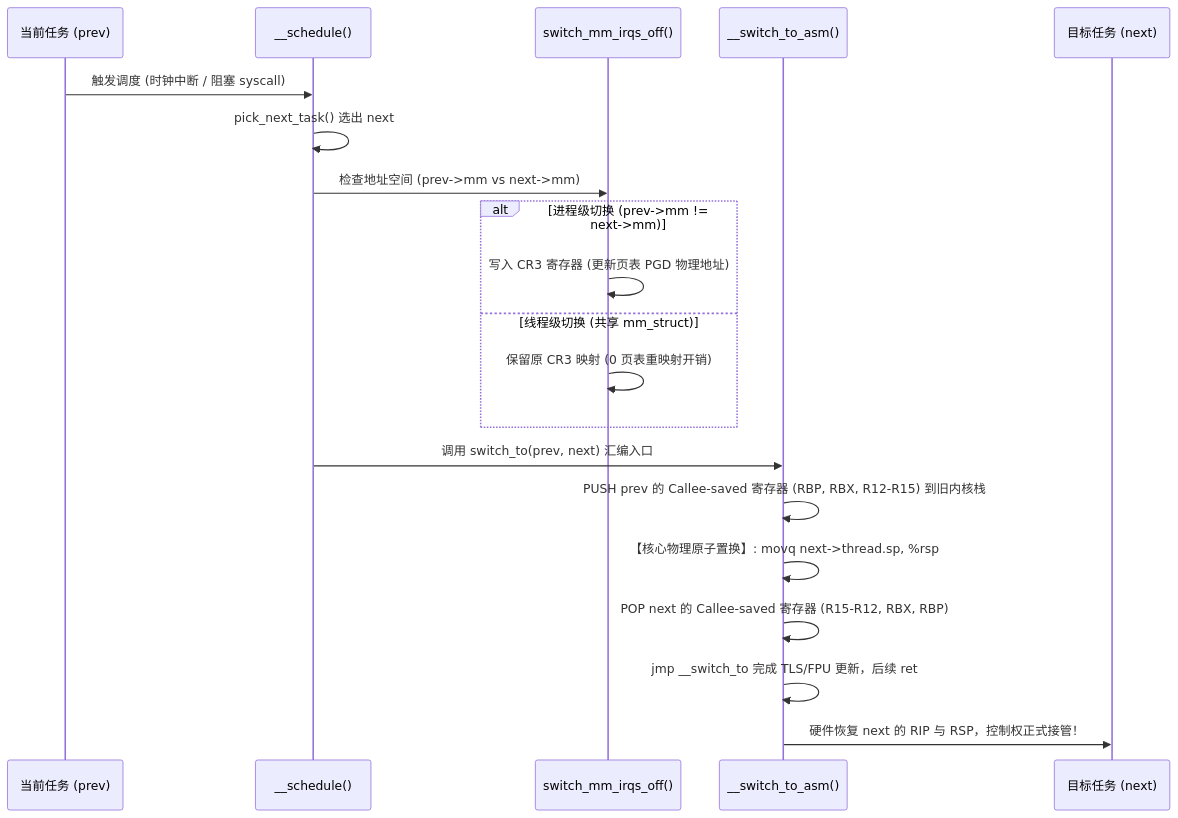
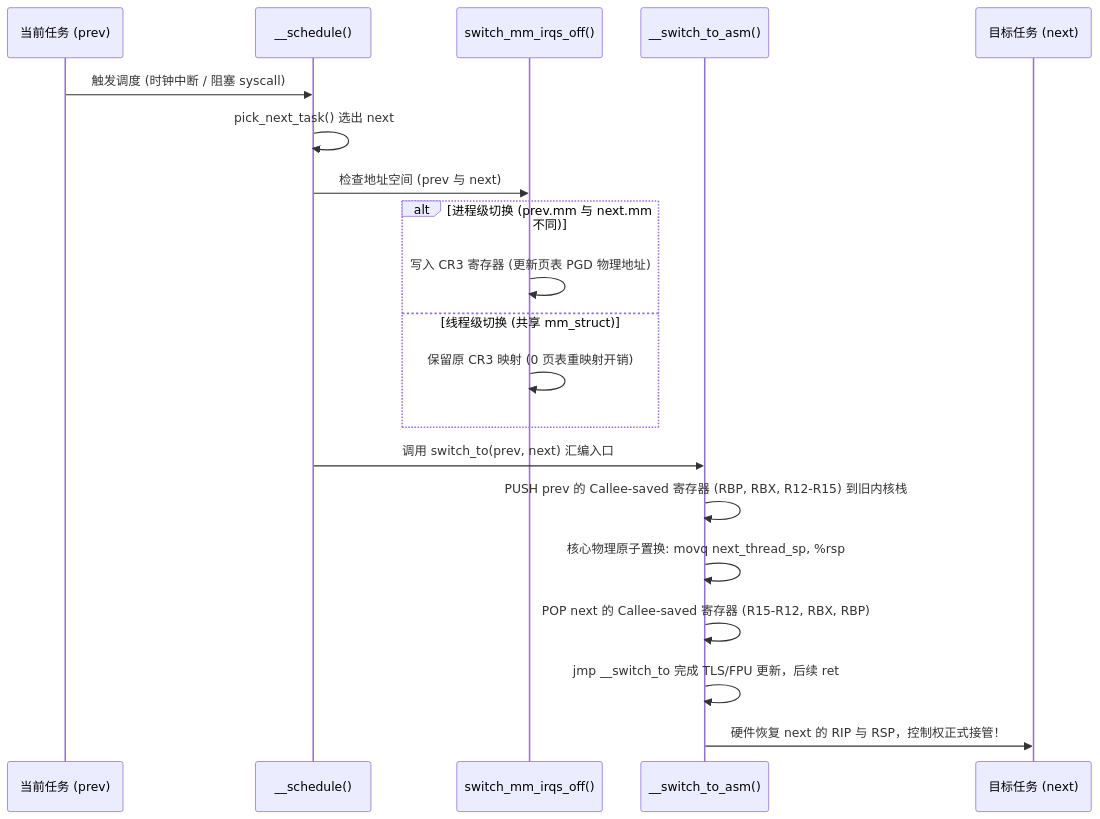
One commit to MoreConsequence/MoreConsequence.github.io changed the third of 8 diagrams in content/posts/understanding-context-switching-from-cpu-to-goroutines.md. Above: the diagram before and after it, drawn with Mermaid. The commit also changed 2 other files, not shown here.

Commit message:
fix(blog): 彻底修复时序图与甘特图语法冲突，使用 React Portal 挂载 100% 触发全屏放大，强制图片/图表 max-width 边界

````diff
--- a/content/posts/understanding-context-switching-from-cpu-to-goroutines.md
+++ b/content/posts/understanding-context-switching-from-cpu-to-goroutines.md
@@ -109,23 +109,23 @@
 ```mermaid
 sequenceDiagram
     participant Prev as 当前任务 (prev)
     participant Sched as __schedule()
     participant MM as switch_mm_irqs_off()
     participant ASM as __switch_to_asm()
     participant Next as 目标任务 (next)
 
     Prev->>Sched: 触发调度 (时钟中断 / 阻塞 syscall)
     Sched->>Sched: pick_next_task() 选出 next
-    Sched->>MM: 检查地址空间 (prev->mm vs next->mm)
-    alt 进程级切换 (prev->mm != next->mm)
+    Sched->>MM: 检查地址空间 (prev 与 next)
+    alt 进程级切换 (prev.mm 与 next.mm 不同)
         MM->>MM: 写入 CR3 寄存器 (更新页表 PGD 物理地址)
     else 线程级切换 (共享 mm_struct)
         MM->>MM: 保留原 CR3 映射 (0 页表重映射开销)
     end
     Sched->>ASM: 调用 switch_to(prev, next) 汇编入口
     ASM->>ASM: PUSH prev 的 Callee-saved 寄存器 (RBP, RBX, R12-R15) 到旧内核栈
-    ASM->>ASM: 【核心物理原子置换】: movq next->thread.sp, %rsp
+    ASM->>ASM: 核心物理原子置换: movq next_thread_sp, %rsp
     ASM->>ASM: POP next 的 Callee-saved 寄存器 (R15-R12, RBX, RBP)
     ASM->>ASM: jmp __switch_to 完成 TLS/FPU 更新，后续 ret
     ASM->>Next: 硬件恢复 next 的 RIP 与 RSP，控制权正式接管！
 ```
````
